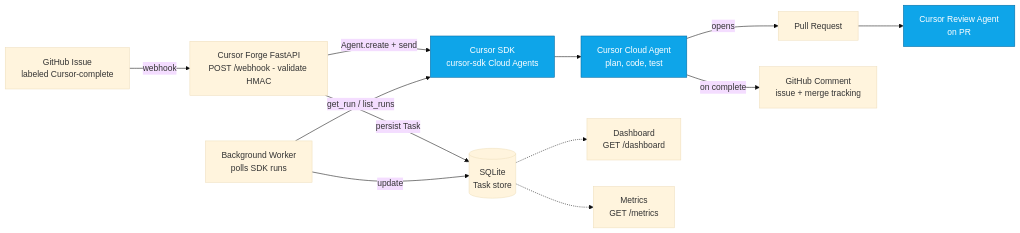
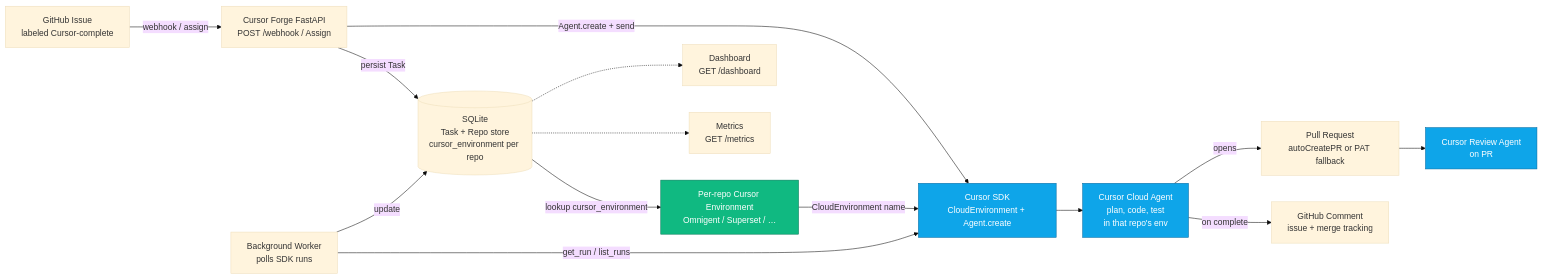
One commit to jan21deepak/droid_ai_engineer changed the diagram in docs/architecture.mmd. Above: the diagram before and after it, drawn with Mermaid (base theme). The commit also changed 17 other files, not shown here.

First line of the commit message:
Ship per-repo Cursor envs, fork-safe PRs, and Bugbot-only review flow.

```diff
--- a/docs/architecture.mmd
+++ b/docs/architecture.mmd
@@ -1,27 +1,32 @@
 flowchart LR
     ISSUE["GitHub Issue<br/>labeled Cursor-complete"]
-    WEBHOOK["Cursor Forge FastAPI<br/>POST /webhook - validate HMAC"]
-    DB[("SQLite<br/>Task store")]
-    API["Cursor SDK<br/>cursor-sdk Cloud Agents"]
-    SESSION["Cursor Cloud Agent<br/>plan, code, test"]
+    WEBHOOK["Cursor Forge FastAPI<br/>POST /webhook / Assign"]
+    DB[("SQLite<br/>Task + Repo store<br/>cursor_environment per repo")]
+    ENV["Per-repo Cursor Environment<br/>Omnigent / Superset / …"]
+    API["Cursor SDK<br/>CloudEnvironment + Agent.create"]
+    SESSION["Cursor Cloud Agent<br/>plan, code, test<br/>in that repo's env"]
     WORKER["Background Worker<br/>polls SDK runs"]
-    PR["Pull Request"]
+    PR["Pull Request<br/>autoCreatePR or PAT fallback"]
     REVIEW["Cursor Review Agent<br/>on PR"]
     COMMENT["GitHub Comment<br/>issue + merge tracking"]
     DASH["Dashboard<br/>GET /dashboard"]
     METRICS["Metrics<br/>GET /metrics"]
 
-    ISSUE -->|"webhook"| WEBHOOK
+    ISSUE -->|"webhook / assign"| WEBHOOK
     WEBHOOK -->|"persist Task"| DB
+    DB -->|"lookup cursor_environment"| ENV
     WEBHOOK -->|"Agent.create + send"| API
+    ENV -->|"CloudEnvironment name"| API
     API --> SESSION
     SESSION -->|"opens"| PR
     PR --> REVIEW
     SESSION -->|"on complete"| COMMENT
     WORKER -->|"get_run / list_runs"| API
     WORKER -->|"update"| DB
     DB -.-> DASH
     DB -.-> METRICS
 
     classDef cursor fill:#0ea5e9,stroke:#0369a1,color:#fff
+    classDef env fill:#10b981,stroke:#047857,color:#fff
     class API,SESSION,REVIEW cursor
+    class ENV env
```
